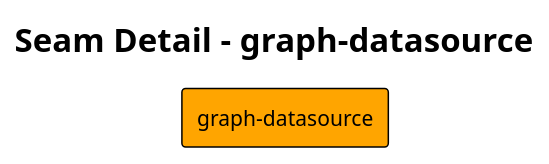
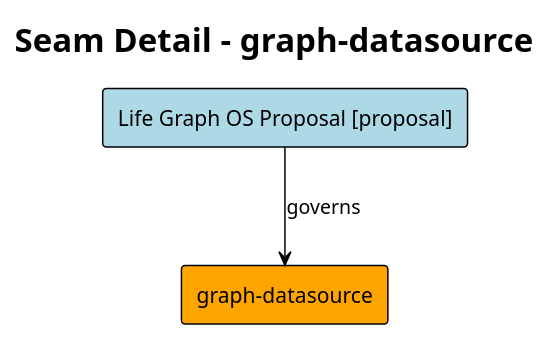
The diagram in docs/architecture/generated/seam-graph-datasource.puml (likesjx/philotic-stack), drawn with PlantUML before and after one commit. The commit also changed 75 other files, not shown here.

```diff
--- a/docs/architecture/generated/seam-graph-datasource.puml
+++ b/docs/architecture/generated/seam-graph-datasource.puml
@@ -1,10 +1,12 @@
 @startuml
 !theme plain
 
 title Seam Detail - graph-datasource
 
 rectangle "graph-datasource" as graph_datasource #Orange {
 }
 
+rectangle "Life Graph OS Proposal [proposal]" as Life_Graph_OS_Proposal #LightBlue
+Life_Graph_OS_Proposal --> graph_datasource : governs
 
 @enduml
```
